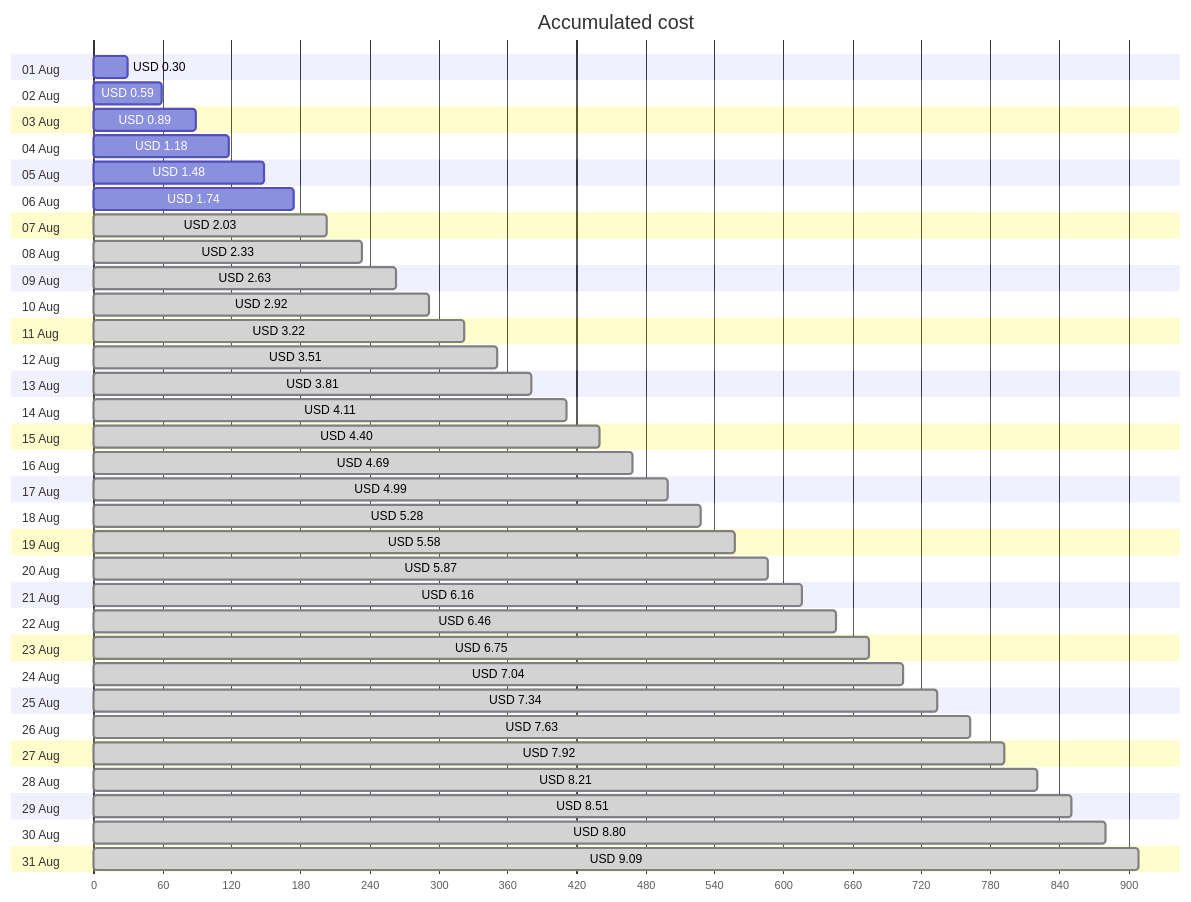
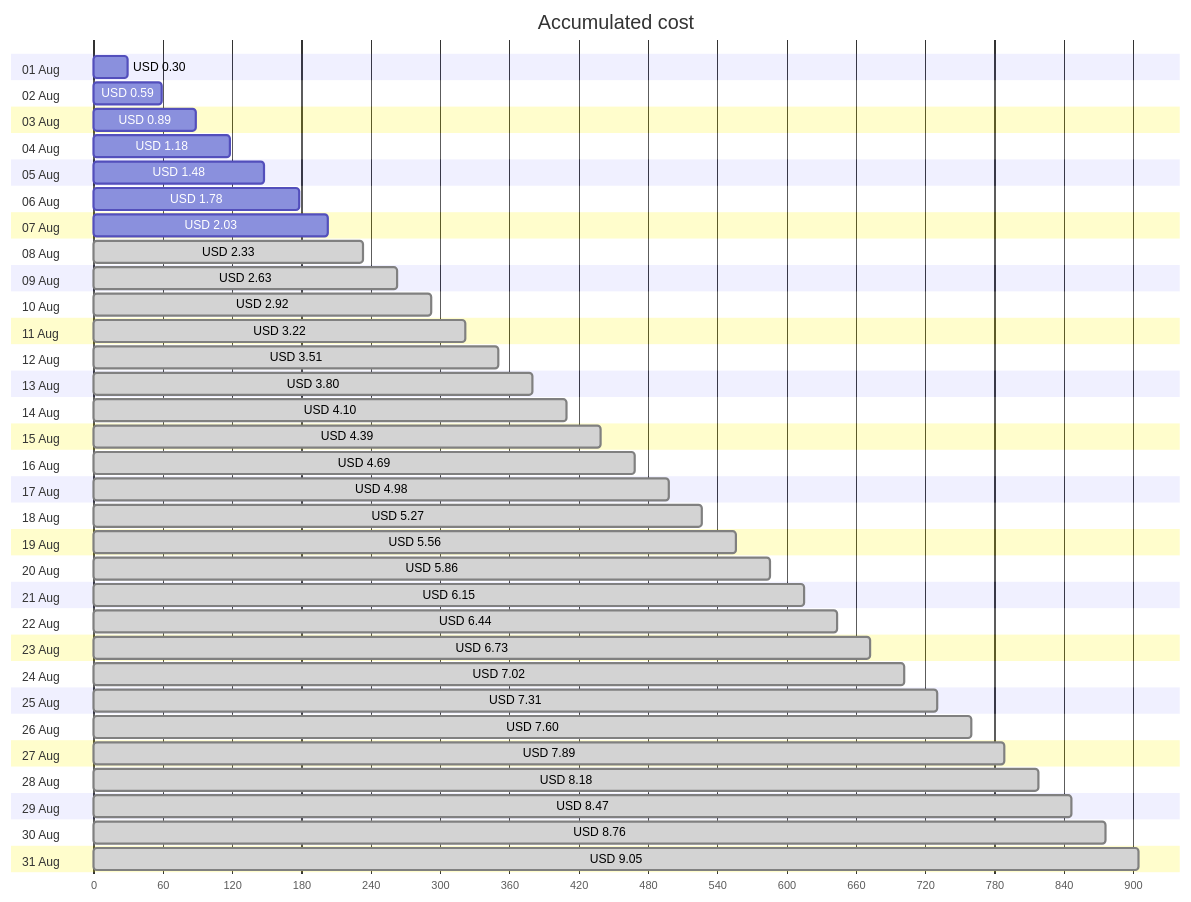
One commit to jpfulton/azure-personal-reports changed the first of 4 diagrams in cost-reports/personal-site/personal-site-preview.md. Above: the diagram before and after it, drawn with Mermaid. The commit also changed other lines of this file and 6 other files, not shown here.

````diff
--- a/cost-reports/personal-site/personal-site-preview.md
+++ b/cost-reports/personal-site/personal-site-preview.md
@@ -20,68 +20,68 @@
 ```mermaid
 gantt
    title Accumulated cost
    dateFormat  X
    axisFormat %s
    section 01 Aug
    USD 0.30 :0, 30
    section 02 Aug
    USD 0.59 :0, 59
    section 03 Aug
    USD 0.89 :0, 89
    section 04 Aug
    USD 1.18 :0, 118
    section 05 Aug
    USD 1.48 :0, 148
    section 06 Aug
-   USD 1.74 :0, 174
+   USD 1.78 :0, 178
    section 07 Aug
-   USD 2.03 : done, 0, 203
+   USD 2.03 :0, 203
    section 08 Aug
    USD 2.33 : done, 0, 233
    section 09 Aug
    USD 2.63 : done, 0, 263
    section 10 Aug
    USD 2.92 : done, 0, 292
    section 11 Aug
    USD 3.22 : done, 0, 322
    section 12 Aug
    USD 3.51 : done, 0, 351
    section 13 Aug
-   USD 3.81 : done, 0, 381
+   USD 3.80 : done, 0, 380
    section 14 Aug
-   USD 4.11 : done, 0, 411
+   USD 4.10 : done, 0, 410
    section 15 Aug
-   USD 4.40 : done, 0, 440
+   USD 4.39 : done, 0, 439
    section 16 Aug
    USD 4.69 : done, 0, 469
    section 17 Aug
-   USD 4.99 : done, 0, 499
+   USD 4.98 : done, 0, 498
    section 18 Aug
-   USD 5.28 : done, 0, 528
+   USD 5.27 : done, 0, 527
    section 19 Aug
-   USD 5.58 : done, 0, 558
+   USD 5.56 : done, 0, 556
    section 20 Aug
-   USD 5.87 : done, 0, 587
+   USD 5.86 : done, 0, 586
    section 21 Aug
-   USD 6.16 : done, 0, 616
+   USD 6.15 : done, 0, 615
    section 22 Aug
-   USD 6.46 : done, 0, 646
+   USD 6.44 : done, 0, 644
    section 23 Aug
-   USD 6.75 : done, 0, 675
+   USD 6.73 : done, 0, 673
    section 24 Aug
-   USD 7.04 : done, 0, 704
+   USD 7.02 : done, 0, 702
    section 25 Aug
-   USD 7.34 : done, 0, 734
+   USD 7.31 : done, 0, 731
    section 26 Aug
-   USD 7.63 : done, 0, 763
+   USD 7.60 : done, 0, 760
    section 27 Aug
-   USD 7.92 : done, 0, 792
+   USD 7.89 : done, 0, 789
    section 28 Aug
-   USD 8.21 : done, 0, 821
+   USD 8.18 : done, 0, 818
    section 29 Aug
-   USD 8.51 : done, 0, 851
+   USD 8.47 : done, 0, 847
    section 30 Aug
-   USD 8.80 : done, 0, 880
+   USD 8.76 : done, 0, 876
    section 31 Aug
-   USD 9.09 : done, 0, 909
+   USD 9.05 : done, 0, 905
 ```
````
